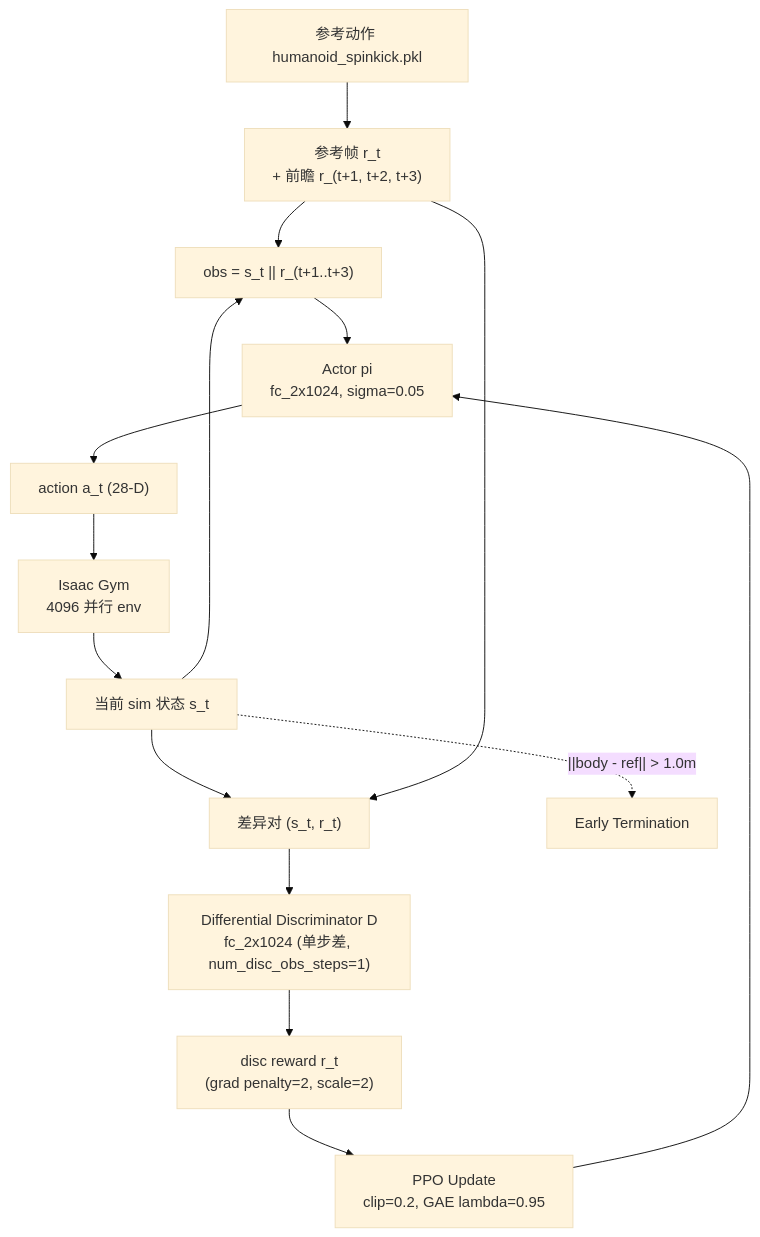
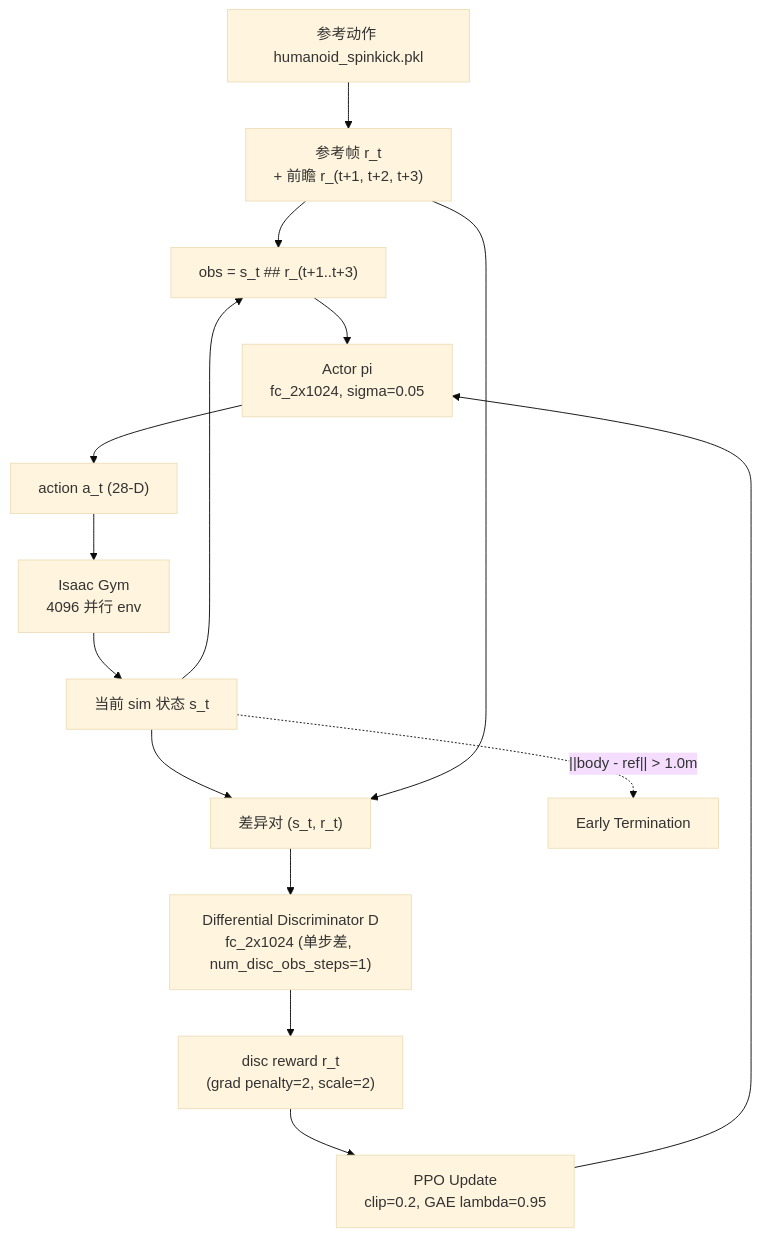
Before and after one commit to ImChong/Humanoid_Robot_Learning_Paper_Notebooks: the second of 4 diagrams in papers/01_Foundational_RL/ADD_Adversarial_Differential_Discriminators/ADD_Adversarial_Differential_Discriminators.md, drawn with Mermaid (base theme). The commit also changed 26 other files, not shown here.

First line of the commit message:
chore(Mermaid): 全量适配论文笔记流程图至 KaTeX 渲染规范

```diff
--- a/papers/01_Foundational_RL/ADD_Adversarial_Differential_Discriminators/ADD_Adversarial_Differential_Discriminators.md
+++ b/papers/01_Foundational_RL/ADD_Adversarial_Differential_Discriminators/ADD_Adversarial_Differential_Discriminators.md
@@ -237,17 +237,17 @@
 <div class="mermaid">
 flowchart TB
     A["参考动作 humanoid_spinkick.pkl"] --> B["参考帧 r_t<br/>+ 前瞻 r_(t+1, t+2, t+3)"]
     C["Isaac Gym<br/>4096 并行 env"] --> D["当前 sim 状态 s_t"]
-    B --> E["obs = s_t || r_(t+1..t+3)"]
+    B --> E["obs = s_t  ##  r_(t+1..t+3)"]
     D --> E
     E --> F["Actor pi<br/>fc_2x1024, sigma=0.05"]
     F --> G["action a_t (28-D)"]
     G --> C
     D --> H["差异对 (s_t, r_t)"]
     B --> H
     H --> I["Differential Discriminator D<br/>fc_2x1024 (单步差, num_disc_obs_steps=1)"]
     I --> J["disc reward r_t<br/>(grad penalty=2, scale=2)"]
     J --> K["PPO Update<br/>clip=0.2, GAE lambda=0.95"]
     K --> F
     D -. "||body - ref|| > 1.0m" .-> L["Early Termination"]
 </div>
```
